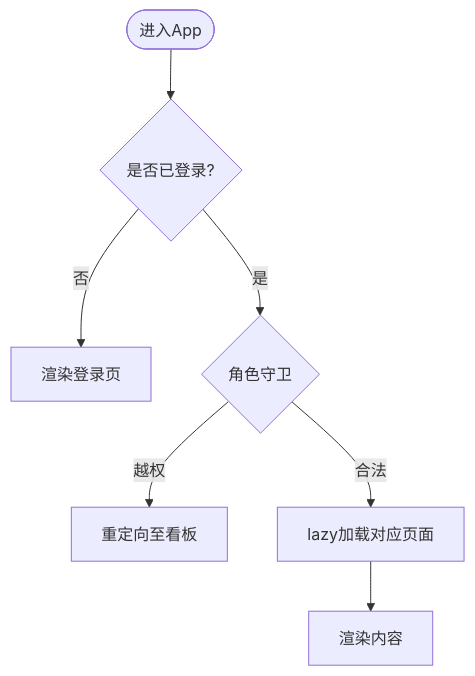
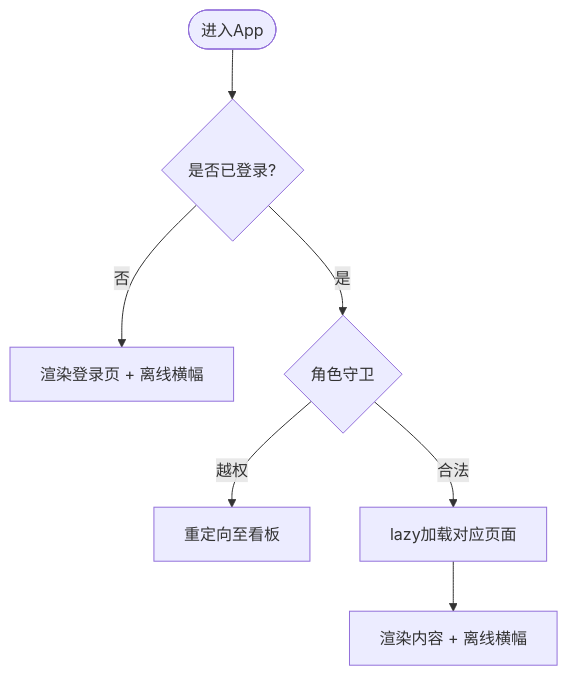
Before and after one commit to dgjin/smart-data-analytics: the fifth of 9 diagrams in .qoder/repowiki/zh/content/前端应用/应用架构设计.md, drawn with Mermaid. The commit also changed other lines of this file and 146 other files, not shown here.

````diff
--- a/.qoder/repowiki/zh/content/前端应用/应用架构设计.md
+++ b/.qoder/repowiki/zh/content/前端应用/应用架构设计.md
@@ -160,9 +251,9 @@
 ```mermaid
 flowchart TD
 Enter(["进入App"]) --> CheckAuth{"是否已登录?"}
-CheckAuth --> |否| Login["渲染登录页"]
+CheckAuth --> |否| Login["渲染登录页 + 离线横幅"]
 CheckAuth --> |是| Guard{"角色守卫"}
 Guard --> |越权| Redirect["重定向至看板"]
 Guard --> |合法| LazyLoad["lazy加载对应页面"]
-LazyLoad --> Render["渲染内容"]
+LazyLoad --> Render["渲染内容 + 离线横幅"]
 ```
````
